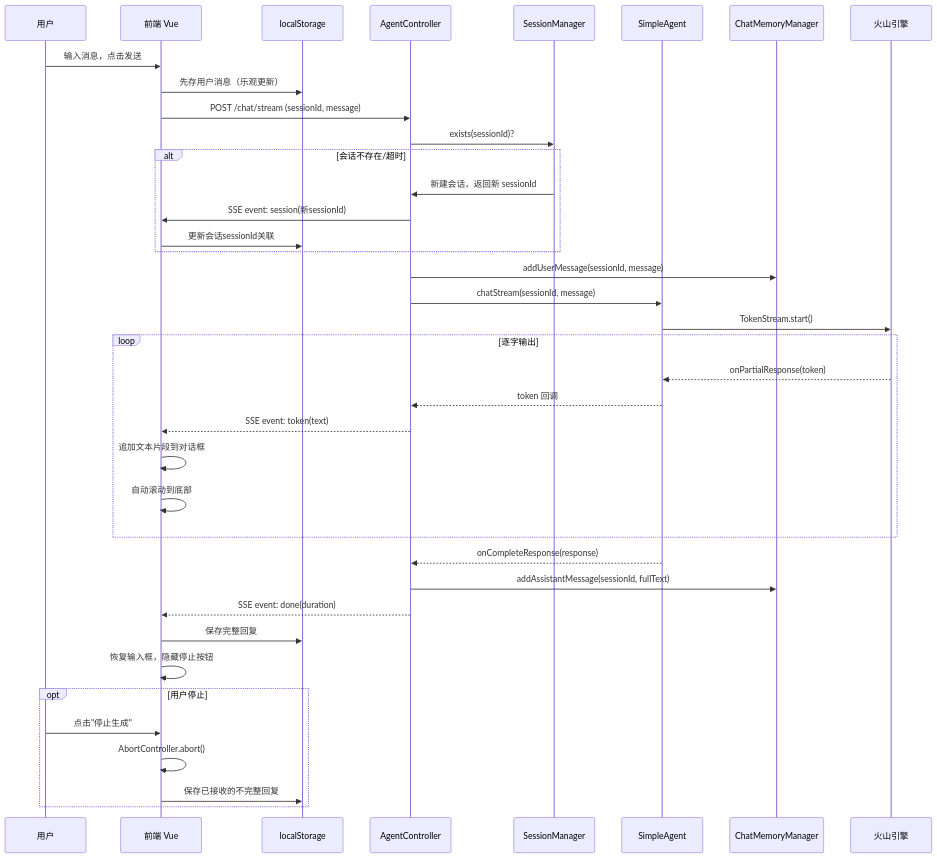
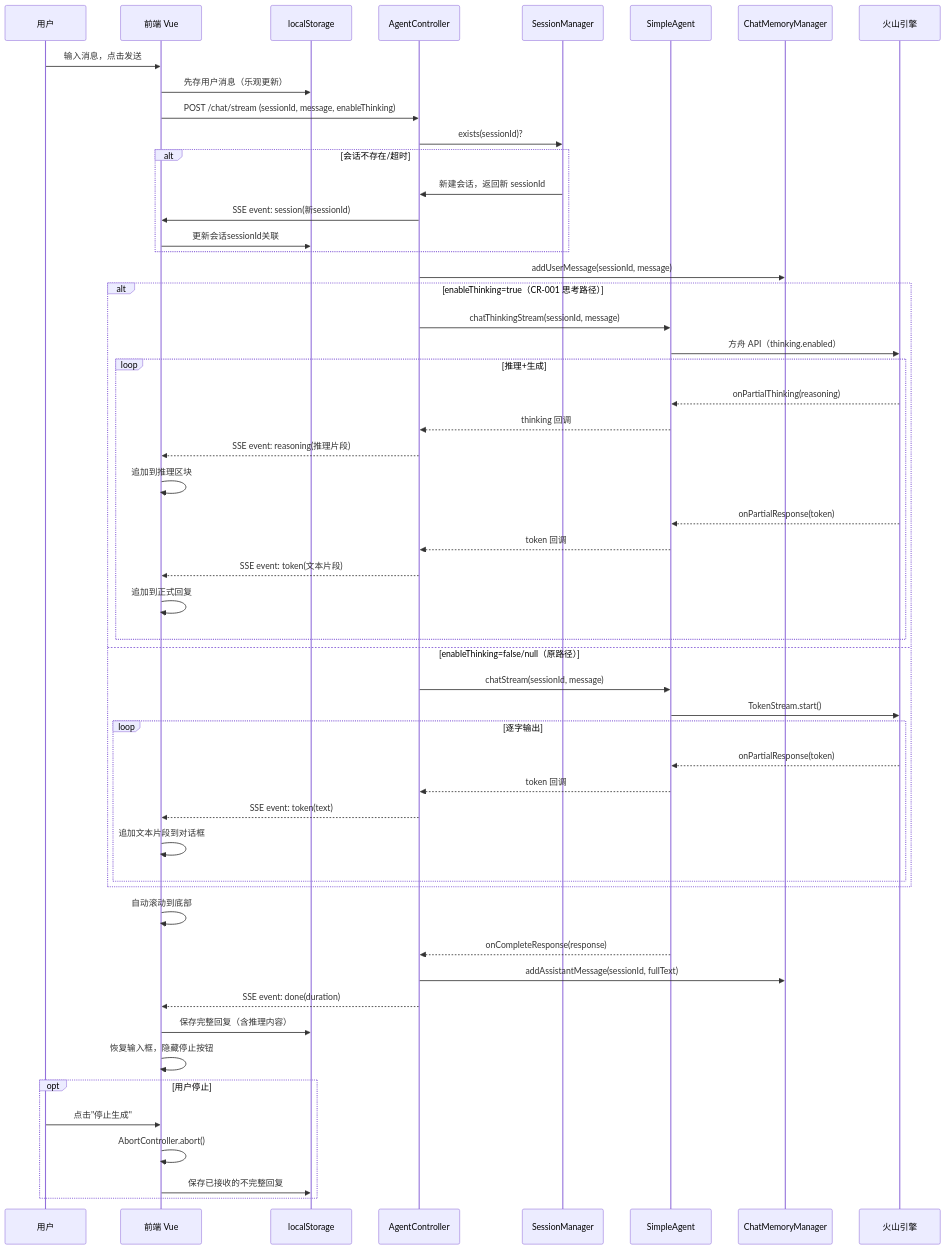
Before and after one commit to zxchengQQ/agent_demo: the fifth of 6 diagrams in KNOWLEDGE_BASE.md, drawn with Mermaid. The commit also changed other lines of this file and 61 other files, not shown here.

````diff
--- a/KNOWLEDGE_BASE.md
+++ b/KNOWLEDGE_BASE.md
@@ -498,41 +503,56 @@
 ```mermaid
 sequenceDiagram
     participant U as 用户
     participant FE as 前端 Vue
     participant LS as localStorage
     participant CTL as AgentController
     participant SM as SessionManager
     participant AGT as SimpleAgent
     participant MM as ChatMemoryManager
     participant LLM as 火山引擎
 
     U->>FE: 输入消息，点击发送
     FE->>LS: 先存用户消息（乐观更新）
-    FE->>CTL: POST /chat/stream (sessionId, message)
+    FE->>CTL: POST /chat/stream (sessionId, message, enableThinking)
     CTL->>SM: exists(sessionId)?
     alt 会话不存在/超时
         SM->>CTL: 新建会话，返回新 sessionId
         CTL->>FE: SSE event: session(新sessionId)
         FE->>LS: 更新会话sessionId关联
     end
     CTL->>MM: addUserMessage(sessionId, message)
-    CTL->>AGT: chatStream(sessionId, message)
-    AGT->>LLM: TokenStream.start()
-    loop 逐字输出
-        LLM-->>AGT: onPartialResponse(token)
-        AGT-->>CTL: token 回调
-        CTL-->>FE: SSE event: token(text)
-        FE->>FE: 追加文本片段到对话框
-        FE->>FE: 自动滚动到底部
+    alt enableThinking=true（CR-001 思考路径）
+        CTL->>AGT: chatThinkingStream(sessionId, message)
+        AGT->>LLM: 方舟 API（thinking.enabled）
+        loop 推理+生成
+            LLM-->>AGT: onPartialThinking(reasoning)
+            AGT-->>CTL: thinking 回调
+            CTL-->>FE: SSE event: reasoning(推理片段)
+            FE->>FE: 追加到推理区块
+            LLM-->>AGT: onPartialResponse(token)
+            AGT-->>CTL: token 回调
+            CTL-->>FE: SSE event: token(文本片段)
+            FE->>FE: 追加到正式回复
+        end
+    else enableThinking=false/null（原路径）
+        CTL->>AGT: chatStream(sessionId, message)
+        AGT->>LLM: TokenStream.start()
+        loop 逐字输出
+            LLM-->>AGT: onPartialResponse(token)
+            AGT-->>CTL: token 回调
+            CTL-->>FE: SSE event: token(text)
+            FE->>FE: 追加文本片段到对话框
+        end
     end
+    FE->>FE: 自动滚动到底部
     AGT-->>CTL: onCompleteResponse(response)
     CTL->>MM: addAssistantMessage(sessionId, fullText)
     CTL-->>FE: SSE event: done(duration)
-    FE->>LS: 保存完整回复
+    FE->>LS: 保存完整回复（含推理内容）
     FE->>FE: 恢复输入框，隐藏停止按钮
     opt 用户停止
         U->>FE: 点击"停止生成"
         FE->>FE: AbortController.abort()
         FE->>LS: 保存已接收的不完整回复
     end
 ```
````
